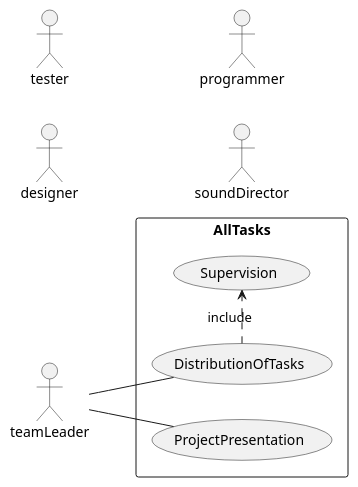
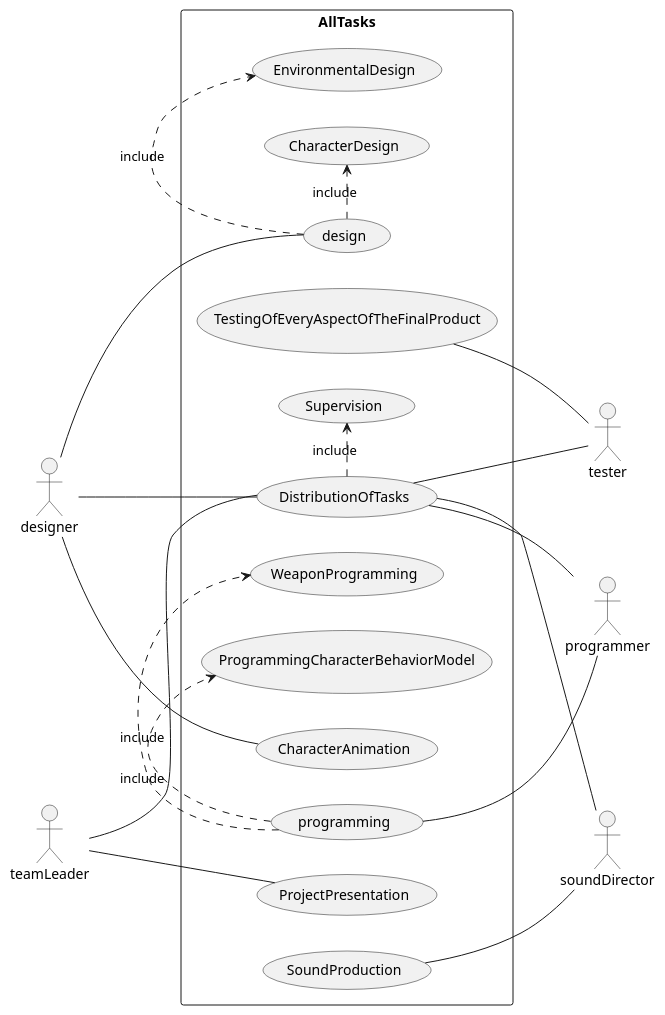
Before and after one commit to naidosssik/it-project-hm: the diagram in usecase.puml, drawn with PlantUML.

```diff
--- a/usecase.puml
+++ b/usecase.puml
@@ -1,14 +1,27 @@
 @startuml
 left to right direction
 skinparam packageStyle rect
 actor teamLeader
 actor tester
 actor designer
 actor programmer
 actor soundDirector
 rectangle AllTasks {
 teamLeader -- (DistributionOfTasks)
 (DistributionOfTasks) .> (Supervision) : include
 teamLeader -- (ProjectPresentation)
+(DistributionOfTasks) -- tester
+tester -- (TestingOfEveryAspectOfTheFinalProduct)
+(DistributionOfTasks) -- designer
+designer -- (CharacterAnimation)
+designer -- (design)
+(design) .> (EnvironmentalDesign) : include
+(design) .> (CharacterDesign) : include
+(DistributionOfTasks) -- programmer
+programmer -- (programming)
+(programming) .> (ProgrammingCharacterBehaviorModel) : include
+(programming) .> (WeaponProgramming) : include
+(DistributionOfTasks) -- soundDirector
+soundDirector -- (SoundProduction)
 }
 @enduml
```
